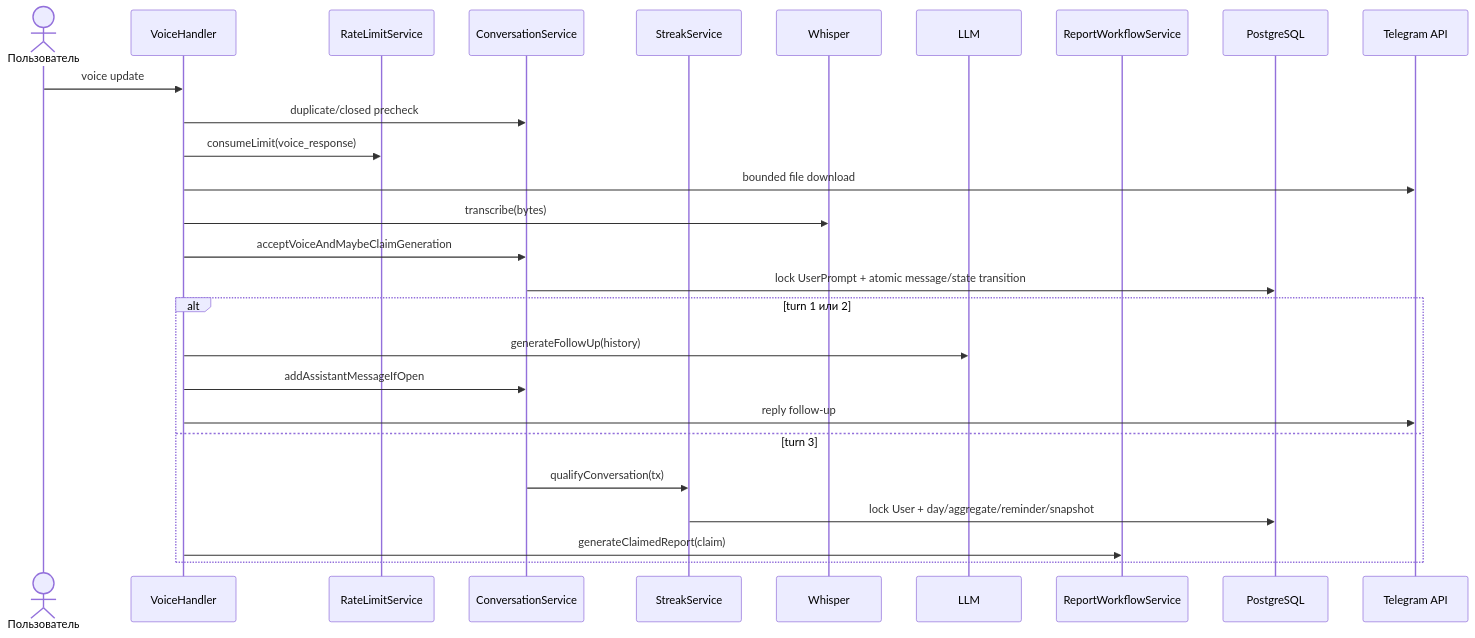
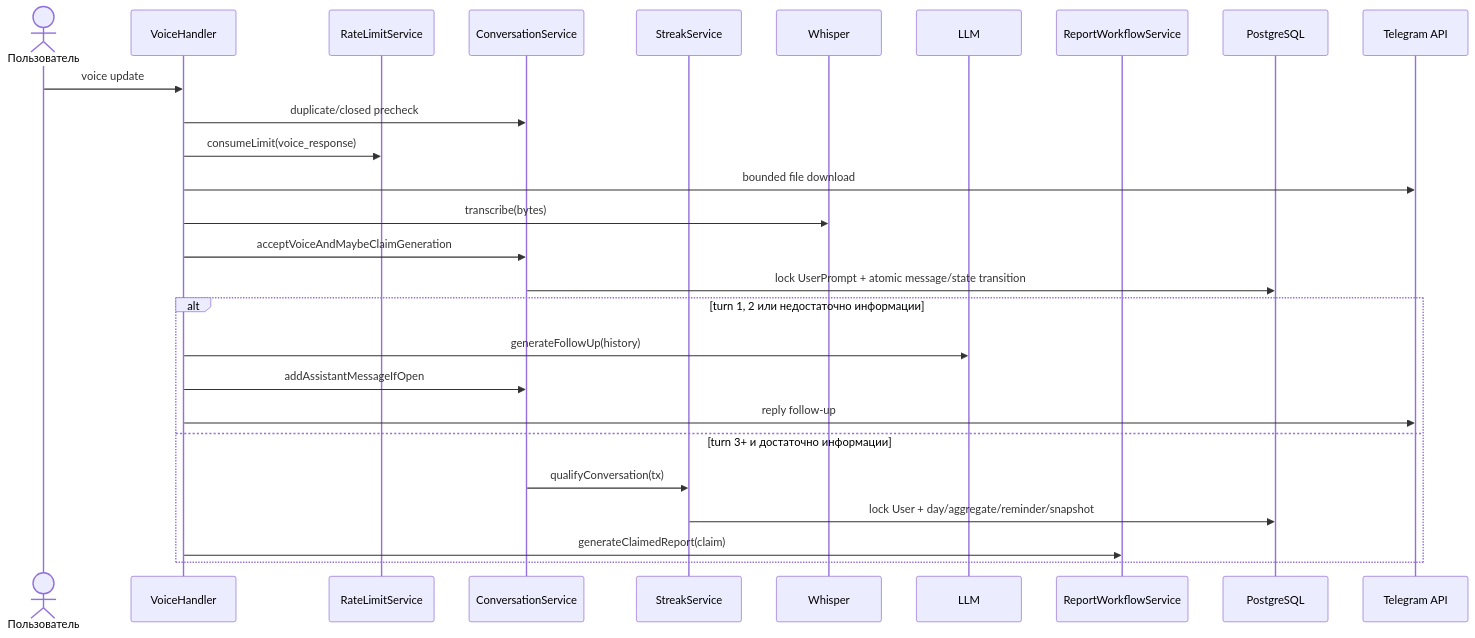
One commit to moredark/talking-bob changed the second of 2 diagrams in docs/architecture/03-telegram-conversation.md. Above: the diagram before and after it, drawn with Mermaid. The commit also changed other lines of this file and 40 other files, not shown here.

````diff
--- a/docs/architecture/03-telegram-conversation.md
+++ b/docs/architecture/03-telegram-conversation.md
@@ -95,30 +101,30 @@
 ```mermaid
 sequenceDiagram
     actor U as Пользователь
     participant V as VoiceHandler
     participant Q as RateLimitService
     participant C as ConversationService
     participant S as StreakService
     participant W as Whisper
     participant L as LLM
     participant R as ReportWorkflowService
     participant DB as PostgreSQL
     participant TG as Telegram API
 
     U->>V: voice update
     V->>C: duplicate/closed precheck
     V->>Q: consumeLimit(voice_response)
     V->>TG: bounded file download
     V->>W: transcribe(bytes)
     V->>C: acceptVoiceAndMaybeClaimGeneration
     C->>DB: lock UserPrompt + atomic message/state transition
-    alt turn 1 или 2
+    alt turn 1, 2 или недостаточно информации
         V->>L: generateFollowUp(history)
         V->>C: addAssistantMessageIfOpen
         V->>TG: reply follow-up
-    else turn 3
+    else turn 3+ и достаточно информации
         C->>S: qualifyConversation(tx)
         S->>DB: lock User + day/aggregate/reminder/snapshot
         V->>R: generateClaimedReport(claim)
     end
 ```
````
